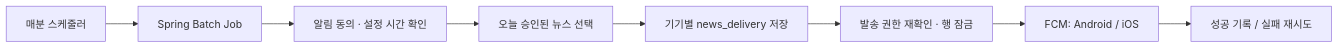
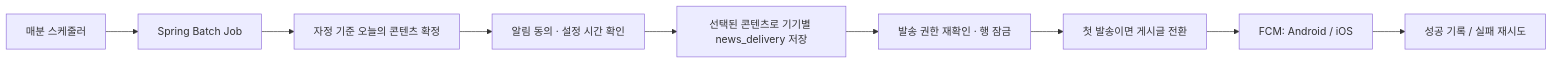
One commit to Kangila404/ai-know changed the diagram in server/docs/news-delivery.md. Above: the diagram before and after it, drawn with Mermaid. The commit also changed other lines of this file and 33 other files, not shown here.

Commit message:
feat(ingestion): review n8n news before publishing and delivery

````diff
--- a/server/docs/news-delivery.md
+++ b/server/docs/news-delivery.md
@@ -5,10 +5,11 @@
 ```mermaid
 flowchart LR
     A[매분 스케줄러] --> B[Spring Batch Job]
-    B --> C[알림 동의 · 설정 시간 확인]
-    C --> D[오늘 승인된 뉴스 선택]
-    D --> E[기기별 news_delivery 저장]
+    B --> C[자정 기준 오늘의 콘텐츠 확정]
+    C --> D[알림 동의 · 설정 시간 확인]
+    D --> E[선택된 콘텐츠로 기기별 news_delivery 저장]
     E --> F[발송 권한 재확인 · 행 잠금]
-    F --> G[FCM: Android / iOS]
+    F --> P[첫 발송이면 게시글 전환]
+    P --> G[FCM: Android / iOS]
     G --> H[성공 기록 / 실패 재시도]
 ```
````
